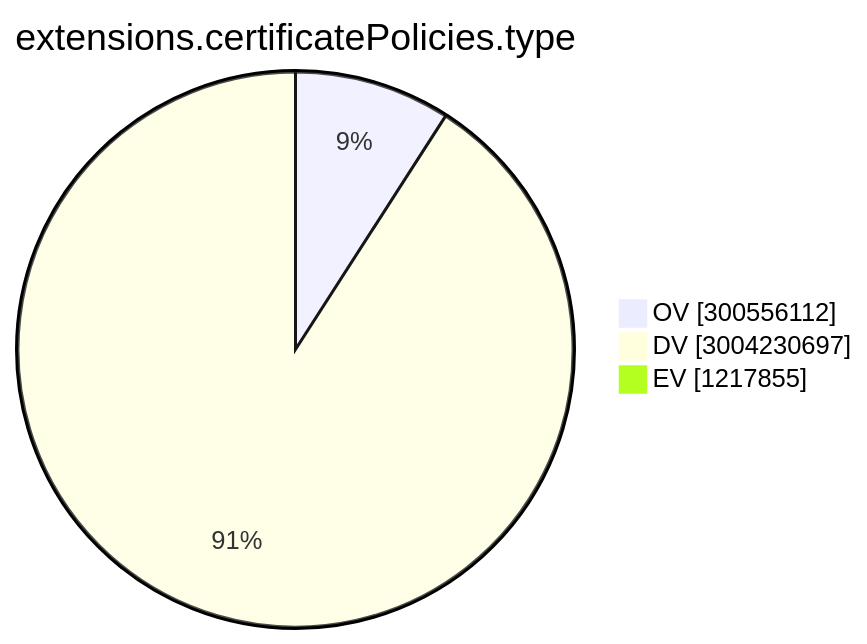
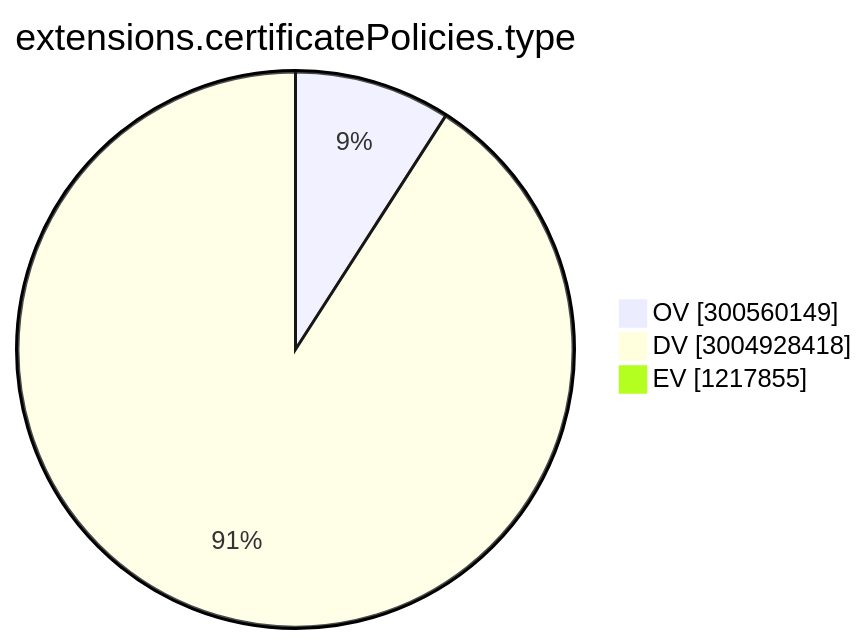
One commit to christiankrug/ctmonitor_visualization changed the ninth of 15 diagrams in TOTAL/README.md. Above: the diagram before and after it, drawn with Mermaid. The commit also changed other lines of this file, not shown here.

````diff
--- a/TOTAL/README.md
+++ b/TOTAL/README.md
@@ -3102,7 +3102,7 @@
 ```mermaid
 pie showData
 title extensions.certificatePolicies.type
-"OV" :300556112
-"DV" :3004230697
+"OV" :300560149
+"DV" :3004928418
 "EV" :1217855
 ```
````
